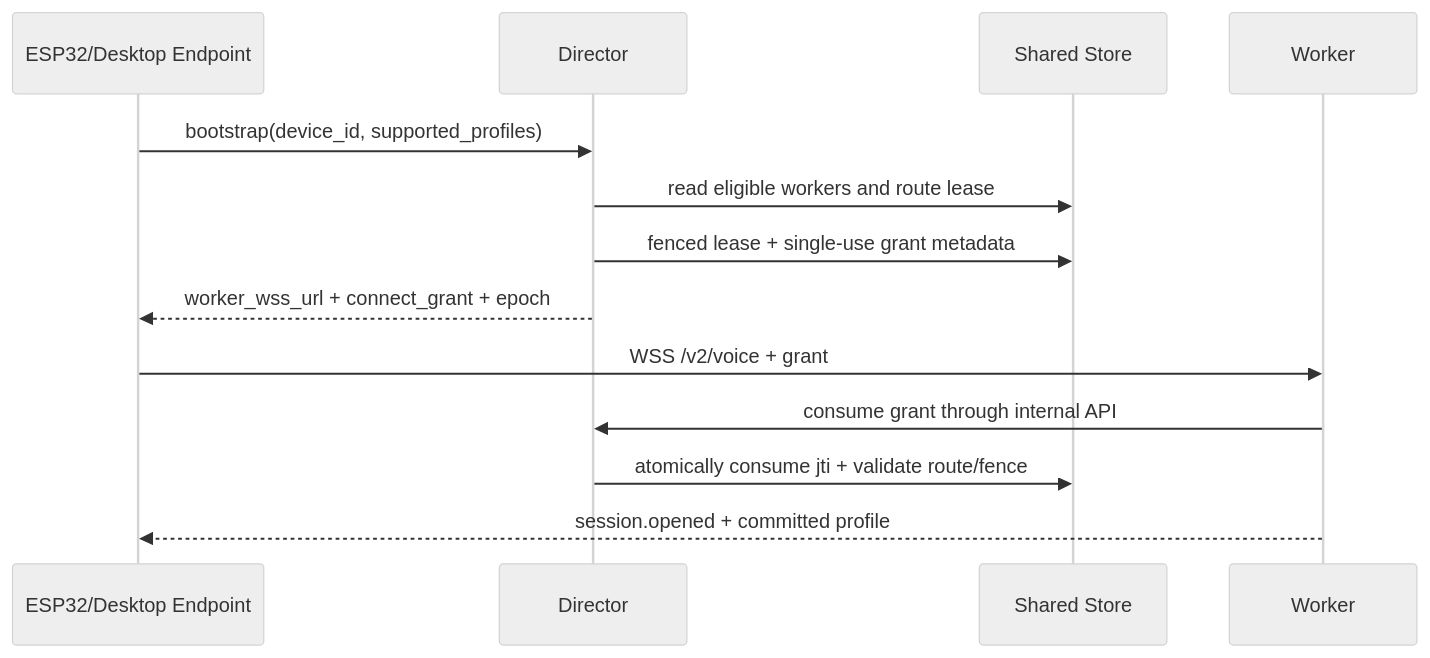
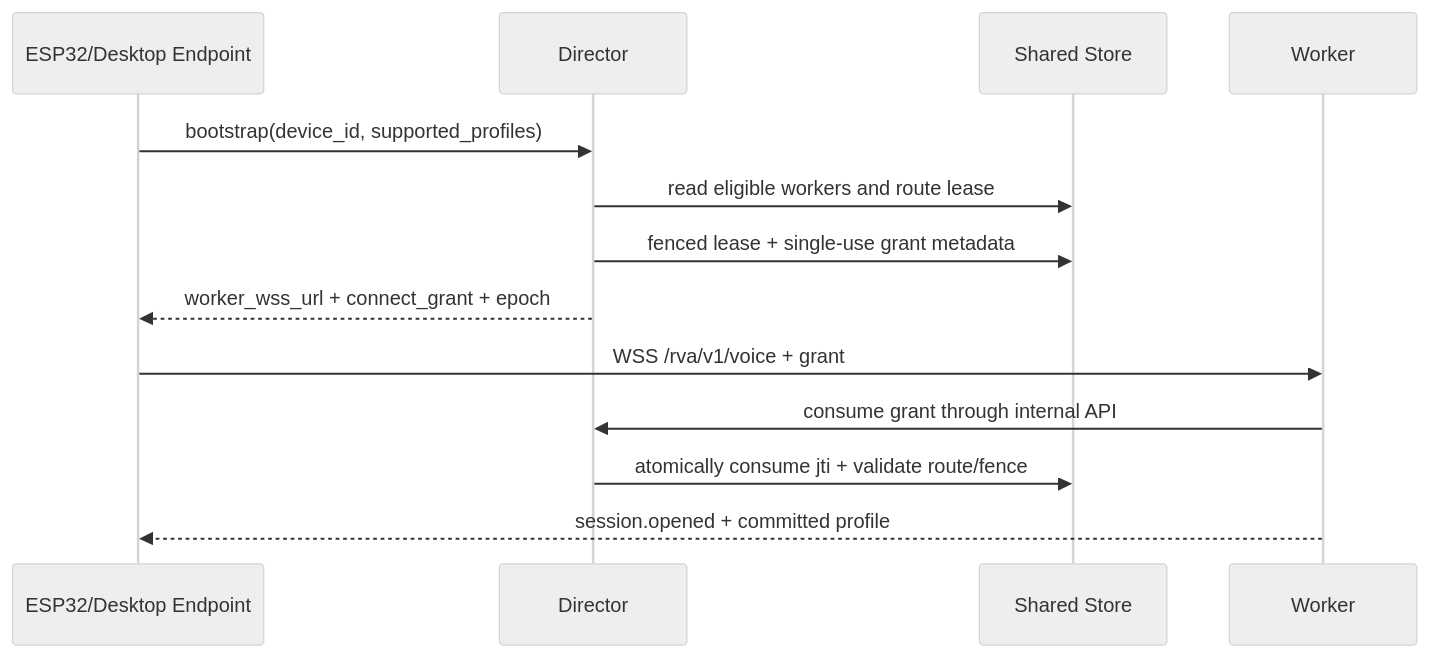
One commit to wuhuaha/realtime-voice-agent changed the second of 2 diagrams in docs/architecture/system.md. Above: the diagram before and after it, drawn with Mermaid (neutral theme). The commit also changed other lines of this file and 96 other files, not shown here.

````diff
--- a/docs/architecture/system.md
+++ b/docs/architecture/system.md
@@ -78,15 +78,15 @@
 ```mermaid
 sequenceDiagram
     participant E as ESP32/Desktop Endpoint
     participant D as Director
     participant S as Shared Store
     participant W as Worker
     E->>D: bootstrap(device_id, supported_profiles)
     D->>S: read eligible workers and route lease
     D->>S: fenced lease + single-use grant metadata
     D-->>E: worker_wss_url + connect_grant + epoch
-    E->>W: WSS /v2/voice + grant
+    E->>W: WSS /rva/v1/voice + grant
     W->>D: consume grant through internal API
     D->>S: atomically consume jti + validate route/fence
     W-->>E: session.opened + committed profile
 ```
````
